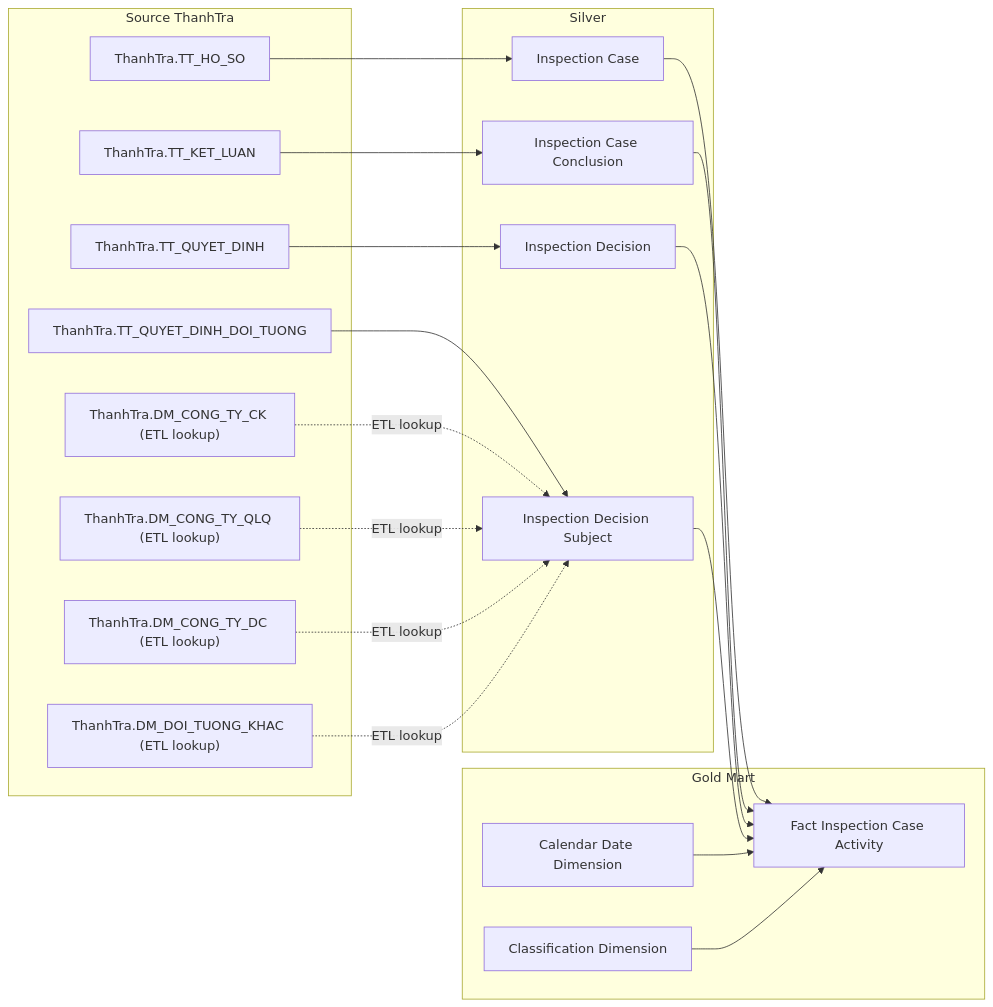
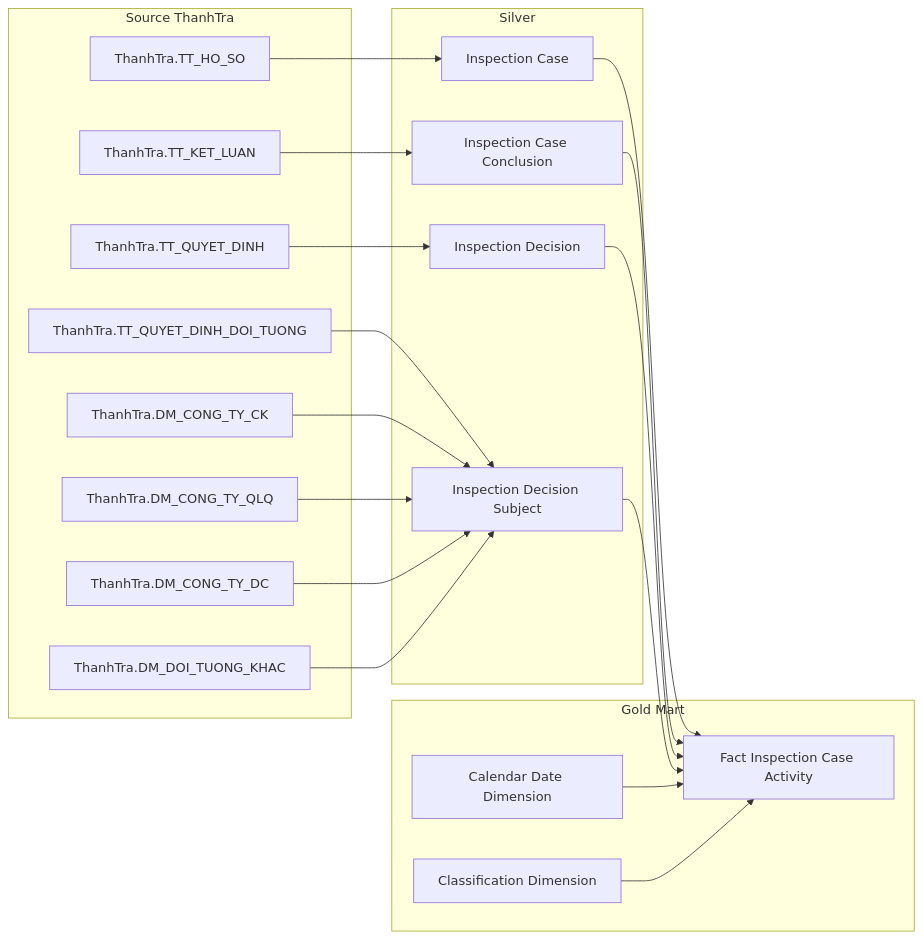
The first of 25 diagrams in Gold/hld/GOLD_TT_HLD.md (linhlvit/ubck_atomic_design), drawn with Mermaid before and after one commit. The commit also changed 1 other file, not shown here.

Commit message:
update desgin TT

````diff
--- a/Gold/hld/GOLD_TT_HLD.md
+++ b/Gold/hld/GOLD_TT_HLD.md
@@ -20,43 +20,43 @@
 ```mermaid
 flowchart LR
     subgraph SRC["Source ThanhTra"]
         S1["ThanhTra.TT_HO_SO"]
         S2["ThanhTra.TT_KET_LUAN"]
         S3["ThanhTra.TT_QUYET_DINH"]
         S4["ThanhTra.TT_QUYET_DINH_DOI_TUONG"]
-        S5["ThanhTra.DM_CONG_TY_CK (ETL lookup)"]
-        S6["ThanhTra.DM_CONG_TY_QLQ (ETL lookup)"]
-        S7["ThanhTra.DM_CONG_TY_DC (ETL lookup)"]
-        S8["ThanhTra.DM_DOI_TUONG_KHAC (ETL lookup)"]
+        S5["ThanhTra.DM_CONG_TY_CK"]
+        S6["ThanhTra.DM_CONG_TY_QLQ"]
+        S7["ThanhTra.DM_CONG_TY_DC"]
+        S8["ThanhTra.DM_DOI_TUONG_KHAC"]
     end
 
     subgraph SIL["Silver"]
         SV1["Inspection Case"]
         SV2["Inspection Case Conclusion"]
         SV3["Inspection Decision"]
         SV4["Inspection Decision Subject"]
     end
 
     subgraph GOLD["Gold Mart"]
         G1["Fact Inspection Case Activity"]
         G2["Calendar Date Dimension"]
         G3["Classification Dimension"]
     end
 
     S1 --> SV1
     S2 --> SV2
     S3 --> SV3
     S4 --> SV4
-    S5 -.->|ETL lookup| SV4
-    S6 -.->|ETL lookup| SV4
-    S7 -.->|ETL lookup| SV4
-    S8 -.->|ETL lookup| SV4
+    S5 --> SV4
+    S6 --> SV4
+    S7 --> SV4
+    S8 --> SV4
 
     SV1 --> G1
     SV2 --> G1
     SV3 --> G1
     SV4 --> G1
 
     G2 --> G1
     G3 --> G1
 ```
````
